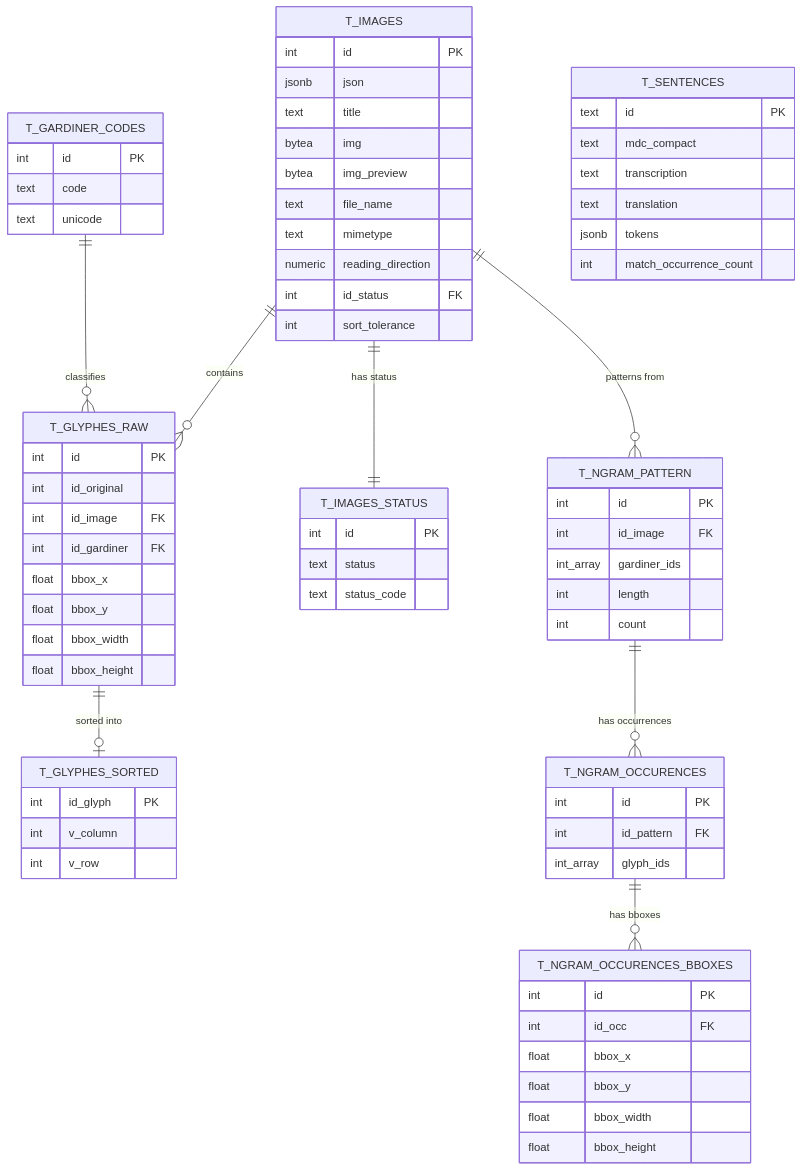
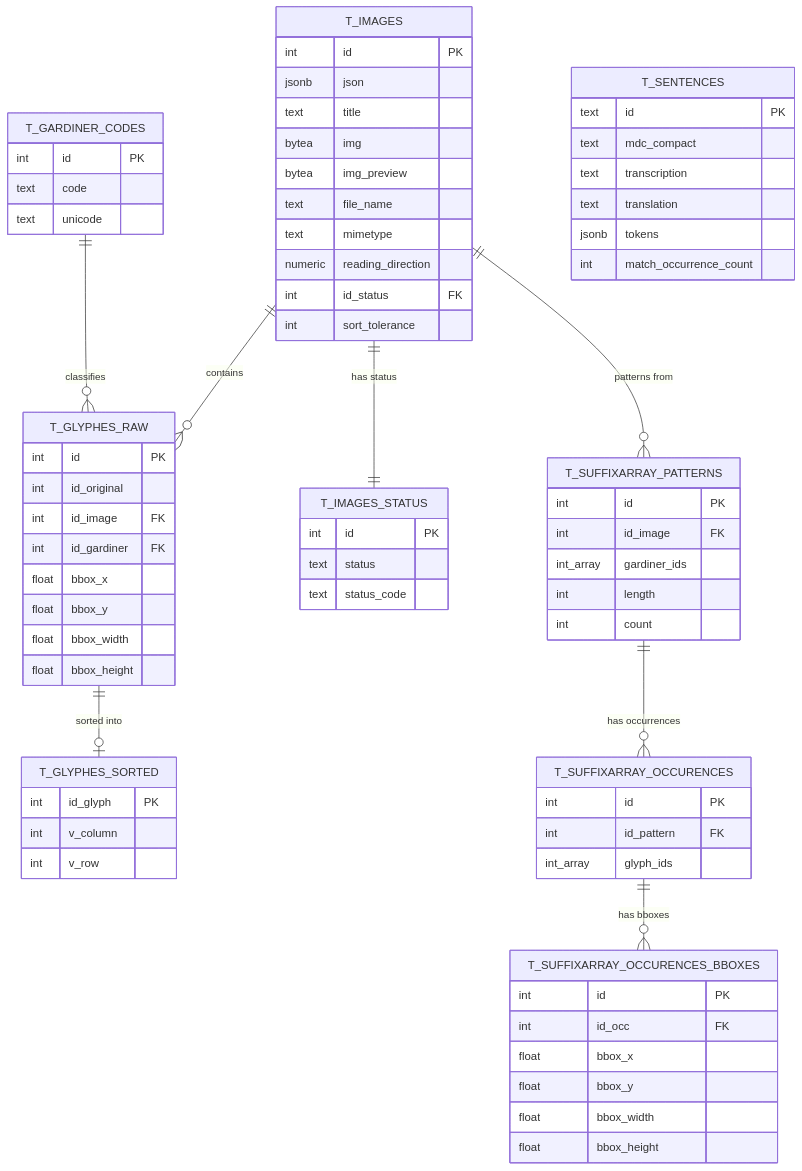
Before and after one commit to Philipp1305/hieroglyphic-pattern-analyzer: the third of 3 diagrams in README.md, drawn with Mermaid. The commit also changed other lines of this file, not shown here.

Commit message:
Replaced references to ngram.py with suffixarray.py

```diff
--- a/README.md
+++ b/README.md
@@ -167,11 +166,11 @@
 erDiagram
     T_IMAGES ||--o{ T_GLYPHES_RAW : contains
     T_IMAGES ||--|| T_IMAGES_STATUS : "has status"
-    T_IMAGES ||--o{ T_NGRAM_PATTERN : "patterns from"
+    T_IMAGES ||--o{ T_SUFFIXARRAY_PATTERNS : "patterns from"
     T_GARDINER_CODES ||--o{ T_GLYPHES_RAW : classifies
     T_GLYPHES_RAW ||--o| T_GLYPHES_SORTED : "sorted into"
-    T_NGRAM_PATTERN ||--o{ T_NGRAM_OCCURENCES : "has occurrences"
-    T_NGRAM_OCCURENCES ||--o{ T_NGRAM_OCCURENCES_BBOXES : "has bboxes"
+    T_SUFFIXARRAY_PATTERNS ||--o{ T_SUFFIXARRAY_OCCURENCES : "has occurrences"
+    T_SUFFIXARRAY_OCCURENCES ||--o{ T_SUFFIXARRAY_OCCURENCES_BBOXES : "has bboxes"
     
     T_IMAGES {
         int id PK
@@ -215,7 +214,7 @@
         int v_row
     }
     
-    T_NGRAM_PATTERN {
+    T_SUFFIXARRAY_PATTERNS {
         int id PK
         int id_image FK
         int_array gardiner_ids
@@ -223,13 +222,13 @@
         int count
     }
     
-    T_NGRAM_OCCURENCES {
+    T_SUFFIXARRAY_OCCURENCES {
         int id PK
         int id_pattern FK
         int_array glyph_ids
     }
     
-    T_NGRAM_OCCURENCES_BBOXES {
+    T_SUFFIXARRAY_OCCURENCES_BBOXES {
         int id PK
         int id_occ FK
         float bbox_x
```
